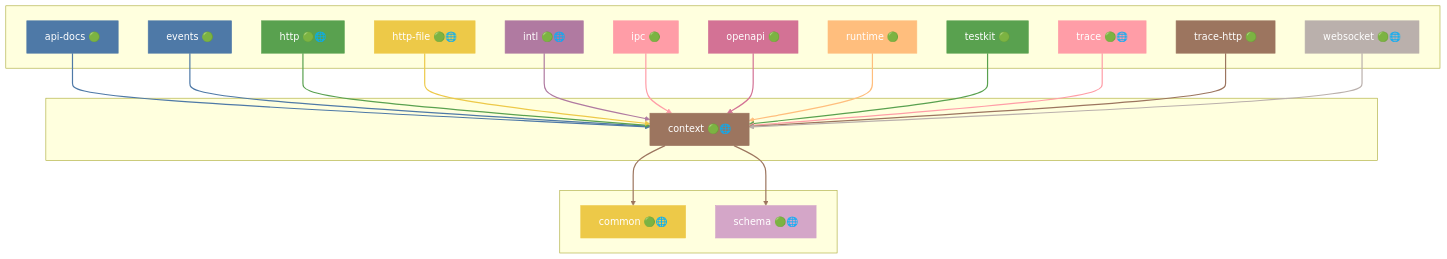
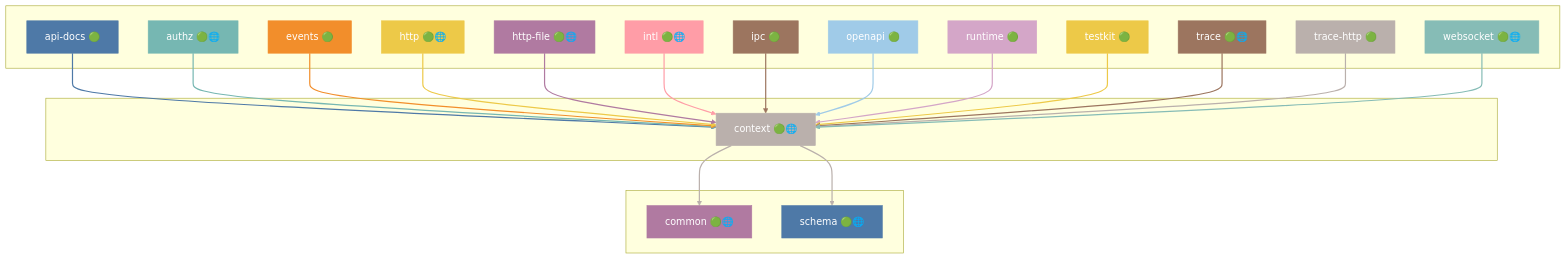
One commit to grest-ts/grest-ts changed diagram 11 of 48 in docs/DEPENDENCIES.md. Above: the diagram before and after it, drawn with Mermaid. The commit also changed other lines of this file and 62 other files, not shown here.

````diff
--- a/docs/DEPENDENCIES.md
+++ b/docs/DEPENDENCIES.md
@@ -733,67 +769,71 @@
 ```mermaid
 flowchart TB
     subgraph Dependents[" "]
         api-docs["api-docs 🟢"]
+        authz["authz 🟢🌐"]
         events["events 🟢"]
         http["http 🟢🌐"]
         http-file["http-file 🟢🌐"]
         intl["intl 🟢🌐"]
         ipc["ipc 🟢"]
         openapi["openapi 🟢"]
         runtime["runtime 🟢"]
         testkit["testkit 🟢"]
         trace["trace 🟢🌐"]
         trace-http["trace-http 🟢"]
         websocket["websocket 🟢🌐"]
     end
     subgraph Package[" "]
         context["context 🟢🌐"]
     end
     subgraph Dependencies[" "]
         common["common 🟢🌐"]
         schema["schema 🟢🌐"]
     end
     api-docs --> context
+    authz --> context
     events --> context
     http --> context
     http-file --> context
     intl --> context
     ipc --> context
     openapi --> context
     runtime --> context
     testkit --> context
     trace --> context
     trace-http --> context
     websocket --> context
     context --> common
     context --> schema
-    style context fill:#9C755F,stroke:#9C755F,color:#fff
+    style context fill:#BAB0AC,stroke:#BAB0AC,color:#fff
     style api-docs fill:#4E79A7,stroke:#4E79A7,color:#fff
-    style events fill:#4E79A7,stroke:#4E79A7,color:#fff
-    style http fill:#59A14F,stroke:#59A14F,color:#fff
-    style http-file fill:#EDC948,stroke:#EDC948,color:#fff
-    style intl fill:#B07AA1,stroke:#B07AA1,color:#fff
-    style ipc fill:#FF9DA7,stroke:#FF9DA7,color:#fff
-    style openapi fill:#D37295,stroke:#D37295,color:#fff
-    style runtime fill:#FFBE7D,stroke:#FFBE7D,color:#fff
-    style testkit fill:#59A14F,stroke:#59A14F,color:#fff
-    style trace fill:#FF9DA7,stroke:#FF9DA7,color:#fff
-    style trace-http fill:#9C755F,stroke:#9C755F,color:#fff
-    style websocket fill:#BAB0AC,stroke:#BAB0AC,color:#fff
-    style common fill:#EDC948,stroke:#EDC948,color:#fff
-    style schema fill:#D4A6C8,stroke:#D4A6C8,color:#fff
+    style authz fill:#76B7B2,stroke:#76B7B2,color:#fff
+    style events fill:#F28E2B,stroke:#F28E2B,color:#fff
+    style http fill:#EDC948,stroke:#EDC948,color:#fff
+    style http-file fill:#B07AA1,stroke:#B07AA1,color:#fff
+    style intl fill:#FF9DA7,stroke:#FF9DA7,color:#fff
+    style ipc fill:#9C755F,stroke:#9C755F,color:#fff
+    style openapi fill:#A0CBE8,stroke:#A0CBE8,color:#fff
+    style runtime fill:#D4A6C8,stroke:#D4A6C8,color:#fff
+    style testkit fill:#EDC948,stroke:#EDC948,color:#fff
+    style trace fill:#9C755F,stroke:#9C755F,color:#fff
+    style trace-http fill:#BAB0AC,stroke:#BAB0AC,color:#fff
+    style websocket fill:#86BCB6,stroke:#86BCB6,color:#fff
+    style common fill:#B07AA1,stroke:#B07AA1,color:#fff
+    style schema fill:#4E79A7,stroke:#4E79A7,color:#fff
     linkStyle 0 stroke:#4E79A7,stroke-width:2px
-    linkStyle 1 stroke:#4E79A7,stroke-width:2px
-    linkStyle 2 stroke:#59A14F,stroke-width:2px
+    linkStyle 1 stroke:#76B7B2,stroke-width:2px
+    linkStyle 2 stroke:#F28E2B,stroke-width:2px
     linkStyle 3 stroke:#EDC948,stroke-width:2px
     linkStyle 4 stroke:#B07AA1,stroke-width:2px
     linkStyle 5 stroke:#FF9DA7,stroke-width:2px
-    linkStyle 6 stroke:#D37295,stroke-width:2px
-    linkStyle 7 stroke:#FFBE7D,stroke-width:2px
-    linkStyle 8 stroke:#59A14F,stroke-width:2px
-    linkStyle 9 stroke:#FF9DA7,stroke-width:2px
+    linkStyle 6 stroke:#9C755F,stroke-width:2px
+    linkStyle 7 stroke:#A0CBE8,stroke-width:2px
+    linkStyle 8 stroke:#D4A6C8,stroke-width:2px
+    linkStyle 9 stroke:#EDC948,stroke-width:2px
     linkStyle 10 stroke:#9C755F,stroke-width:2px
     linkStyle 11 stroke:#BAB0AC,stroke-width:2px
-    linkStyle 12 stroke:#9C755F,stroke-width:2px
-    linkStyle 13 stroke:#9C755F,stroke-width:2px
+    linkStyle 12 stroke:#86BCB6,stroke-width:2px
+    linkStyle 13 stroke:#BAB0AC,stroke-width:2px
+    linkStyle 14 stroke:#BAB0AC,stroke-width:2px
 ```
````
